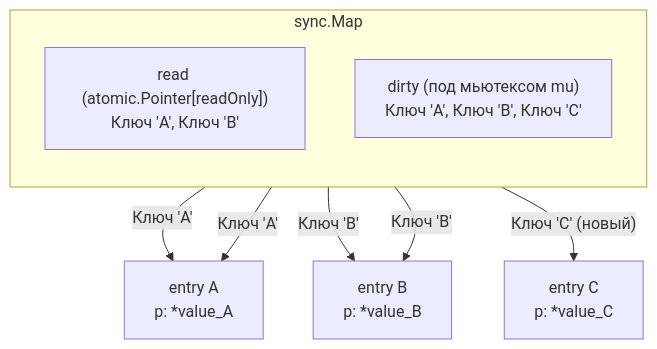
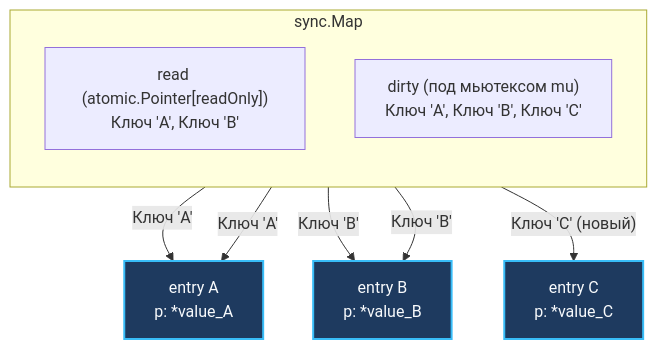
One commit to UnrealTemplier/go-textbook changed the first of 3 diagrams in sources/7. Глубокий Go (Внутреннее устройство)/33.1. sync_map под капотом. Read и dirty словари.md. Above: the diagram before and after it, drawn with Mermaid. The commit also changed other lines of this file and 1666 other files, not shown here.

First line of the commit message:
feat(mermaid): add semantic color classDef to 1369 colorless flowchart/graph diagrams

````diff
--- a/sources/7. Глубокий Go (Внутреннее устройство)/33.1. sync_map под капотом. Read и dirty словари.md
+++ b/sources/7. Глубокий Go (Внутреннее устройство)/33.1. sync_map под капотом. Read и dirty словари.md
@@ -52,19 +52,29 @@
 ```mermaid
 flowchart TD
+    classDef process  fill:#1e293b,stroke:#38bdf8,stroke-width:1px,color:#f8fafc
+    classDef success  fill:#064e3b,stroke:#34d399,stroke-width:1px,color:#f8fafc
+    classDef error    fill:#7f1d1d,stroke:#f87171,stroke-width:1px,color:#f8fafc
+    classDef warning  fill:#78350f,stroke:#fbbf24,stroke-width:1px,color:#f8fafc
+    classDef entry    fill:#1e3a5f,stroke:#38bdf8,stroke-width:2px,color:#f8fafc
+    classDef aux      fill:#334155,stroke:#64748b,stroke-width:1px,color:#f8fafc
+    classDef system   fill:#312e81,stroke:#a78bfa,stroke-width:1px,color:#f8fafc
+    classDef data     fill:#132d29,stroke:#2dd4bf,stroke-width:1px,color:#f8fafc
+    classDef network  fill:#881337,stroke:#fb7185,stroke-width:1px,color:#f8fafc
+    classDef accent   fill:#1e1b4b,stroke:#818cf8,stroke-width:1px,color:#f8fafc
     subgraph SYNC_MAP ["sync.Map"]
         direction TB
         READ["read (atomic.Pointer[readOnly])<br>Ключ 'A', Ключ 'B'"]
         DIRTY["dirty (под мьютексом mu)<br>Ключ 'A', Ключ 'B', Ключ 'C'"]
     end
     
-    ENT_A["entry A<br>p: *value_A"]
-    ENT_B["entry B<br>p: *value_B"]
-    ENT_C["entry C<br>p: *value_C"]
+    ENT_A["entry A<br>p: *value_A"]:::entry
+    ENT_B["entry B<br>p: *value_B"]:::entry
+    ENT_C["entry C<br>p: *value_C"]:::entry
     
     READ -->|"Ключ 'A'"| ENT_A
     READ -->|"Ключ 'B'"| ENT_B
     
     DIRTY -->|"Ключ 'A'"| ENT_A
     DIRTY -->|"Ключ 'B'"| ENT_B
     DIRTY -->|"Ключ 'C' (новый)"| ENT_C
 ```
````
